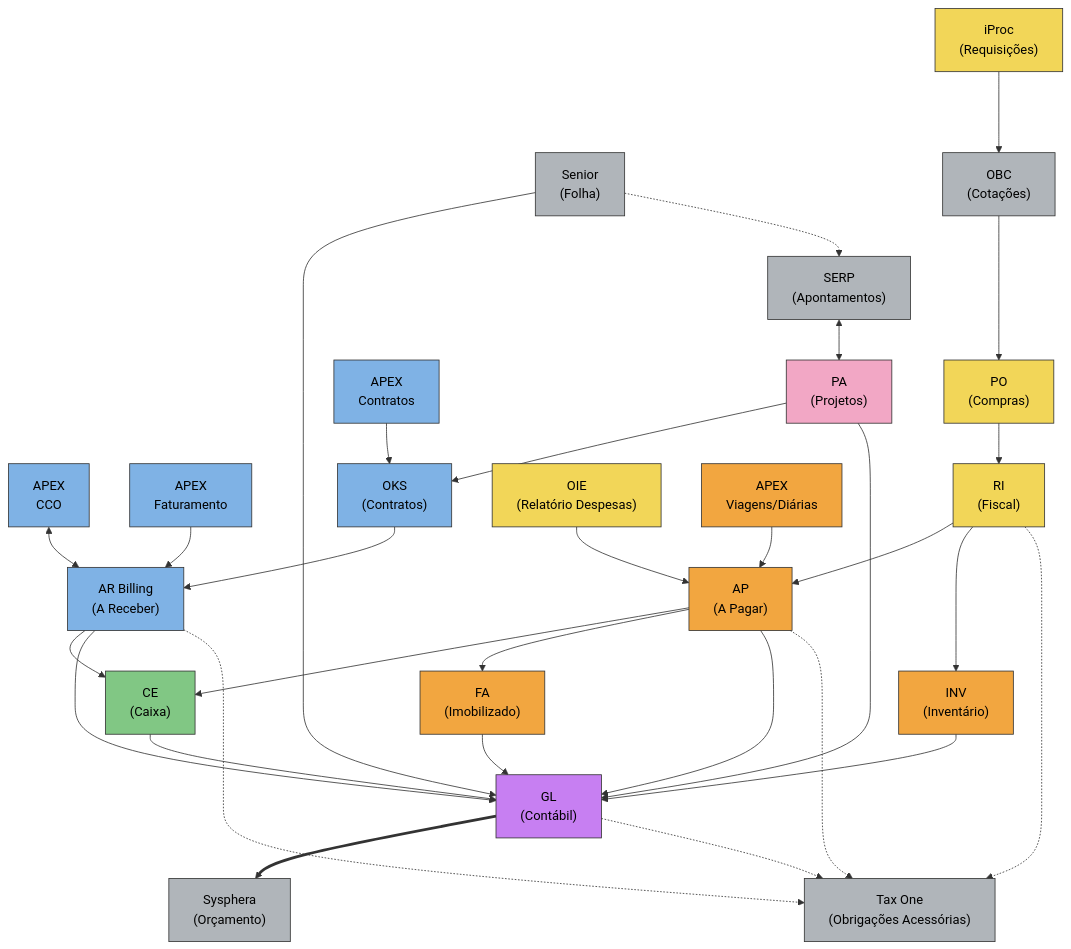
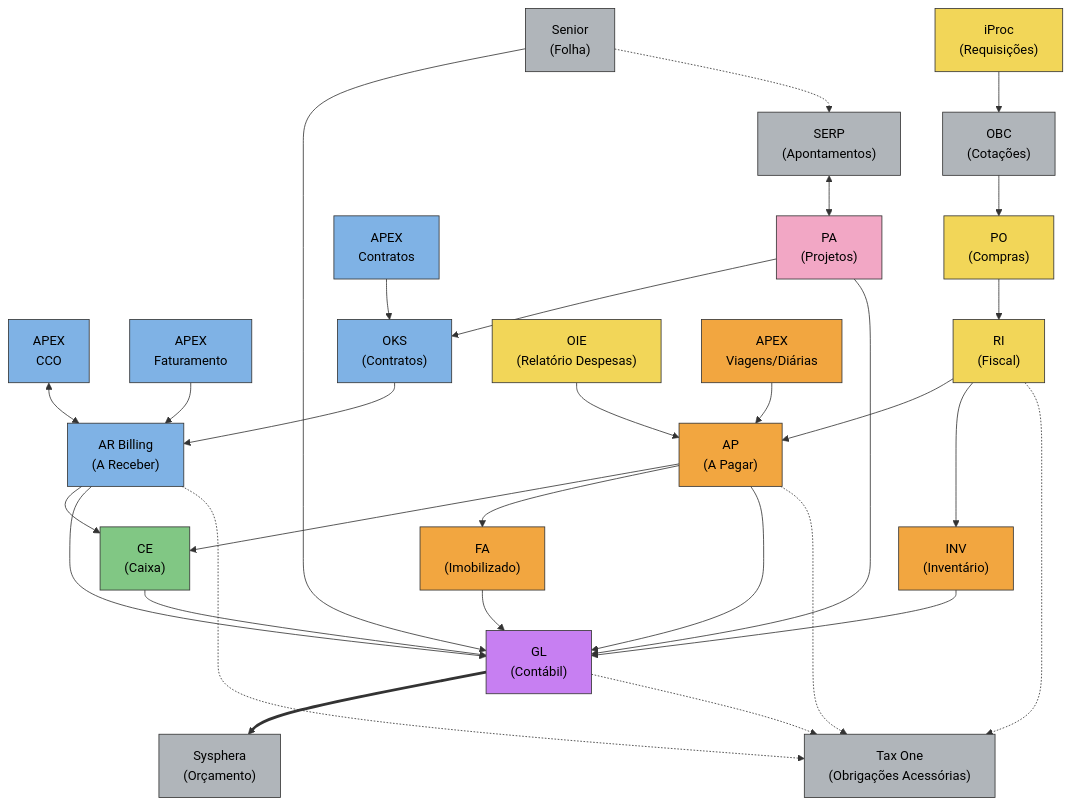
One commit to aldevargas/aldevargas changed the diagram in diagrama-erp.md. Above: the diagram before and after it, drawn with Mermaid.

```diff
--- a/diagrama-erp.md
+++ b/diagrama-erp.md
@@ -62,8 +62,8 @@
     AR --> GL
     
     %% Lado Direito (Compras, Inventário, Fiscal)
-    iProc o--> OBC
-    OBC o--> PO
+    iProc --> OBC
+    OBC --> PO
     PO --> RI
     RI --> AP
     RI --> INV
```
